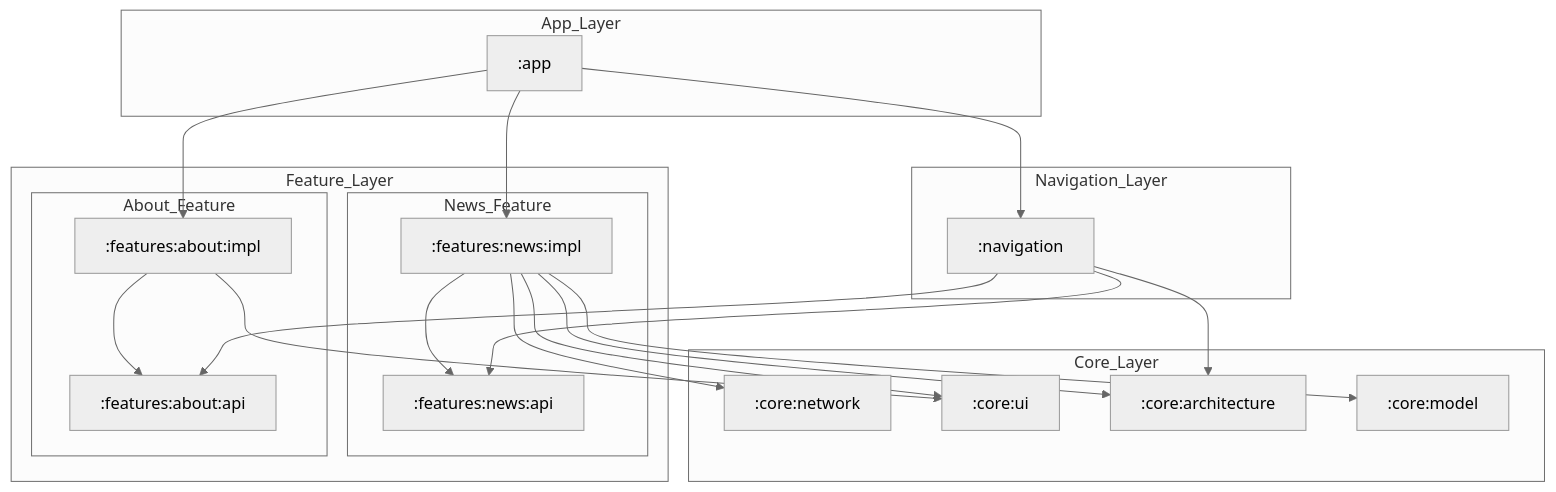
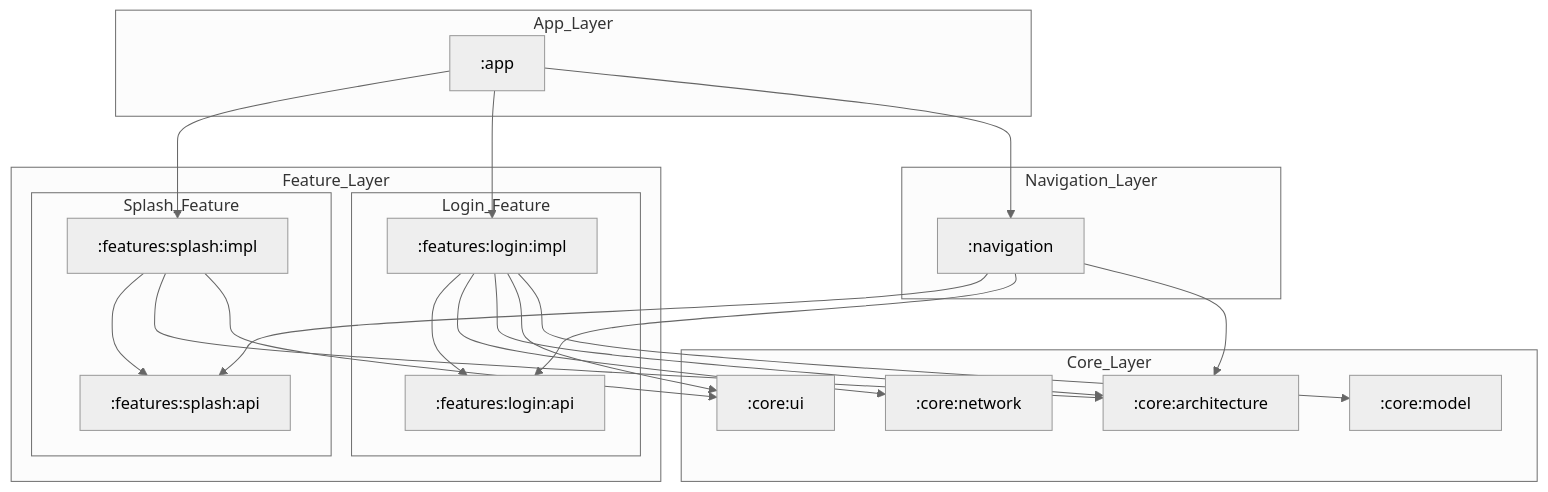
Before and after one commit to muharifandi/compose-mvi: the first of 2 diagrams in docs/architecture.md, drawn with Mermaid (neutral theme). The commit also changed other lines of this file and 6 other files, not shown here.

````diff
--- a/docs/architecture.md
+++ b/docs/architecture.md
@@ -39,45 +39,46 @@
 ```mermaid
 graph TD
     subgraph App_Layer
         APP[":app"]
     end
 
     subgraph Feature_Layer
-        subgraph News_Feature
-            NEWS_API[":features:news:api"]
-            NEWS_IMPL[":features:news:impl"]
+        subgraph Splash_Feature
+            SPLASH_API[":features:splash:api"]
+            SPLASH_IMPL[":features:splash:impl"]
         end
-        subgraph About_Feature
-            ABOUT_API[":features:about:api"]
-            ABOUT_IMPL[":features:about:impl"]
+        subgraph Login_Feature
+            LOGIN_API[":features:login:api"]
+            LOGIN_IMPL[":features:login:impl"]
         end
     end
 
     subgraph Navigation_Layer
         NAV[":navigation"]
     end
 
     subgraph Core_Layer
         CORE_NET[":core:network"]
         CORE_UI[":core:ui"]
         CORE_ARC[":core:architecture"]
         CORE_MOD[":core:model"]
     end
 
-    APP --> NEWS_IMPL
-    APP --> ABOUT_IMPL
+    APP --> SPLASH_IMPL
+    APP --> LOGIN_IMPL
     APP --> NAV
 
-    NEWS_IMPL --> NEWS_API
-    NEWS_IMPL --> CORE_NET
-    NEWS_IMPL --> CORE_ARC
-    NEWS_IMPL --> CORE_UI
-    NEWS_IMPL --> CORE_MOD
+    SPLASH_IMPL --> SPLASH_API
+    SPLASH_IMPL --> CORE_ARC
+    SPLASH_IMPL --> CORE_UI
 
-    ABOUT_IMPL --> ABOUT_API
-    ABOUT_IMPL --> CORE_UI
+    LOGIN_IMPL --> LOGIN_API
+    LOGIN_IMPL --> CORE_NET
+    LOGIN_IMPL --> CORE_ARC
+    LOGIN_IMPL --> CORE_UI
+    LOGIN_IMPL --> CORE_MOD
 
-    NAV --> NEWS_API
-    NAV --> ABOUT_API
+    NAV --> SPLASH_API
+    NAV --> LOGIN_API
     NAV --> CORE_ARC
 ```
````
